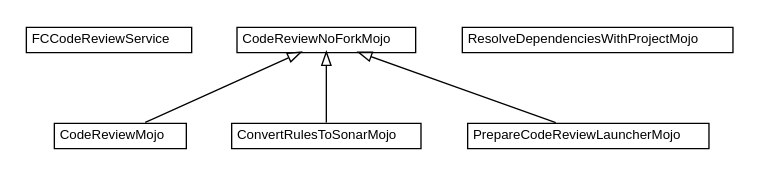
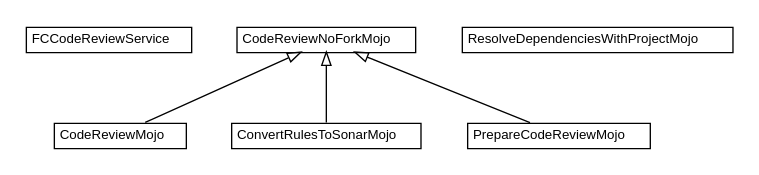
The diagram in snapshot/code-review-plugin/apidocs/fr/fastconnect/factory/tibco/bw/codereview/fr.fastconnect.factory.tibco.bw.codereview.dot (fastconnect/tibco-factory), drawn with Graphviz before and after one commit. The commit also changed 60 other files, not shown here.

```diff
--- a/snapshot/code-review-plugin/apidocs/fr/fastconnect/factory/tibco/bw/codereview/fr.fastconnect.factory.tibco.bw.codereview.dot
+++ b/snapshot/code-review-plugin/apidocs/fr/fastconnect/factory/tibco/bw/codereview/fr.fastconnect.factory.tibco.bw.codereview.dot
@@ -1,54 +1,54 @@
 #!/usr/local/bin/dot
 #
 # Class diagram 
 # Generated by UMLGraph version R5_6-24-gf6e263 (http://www.umlgraph.org/)
 #
 
 digraph G {
 	edge [fontname="Helvetica",fontsize=10,labelfontname="Helvetica",labelfontsize=10];
 	node [fontname="Helvetica",fontsize=10,shape=plaintext];
 	nodesep=0.25;
 	ranksep=0.5;
 	// fr.fastconnect.factory.tibco.bw.codereview.FCCodeReviewService
 	c0 [label=<<table title="fr.fastconnect.factory.tibco.bw.codereview.FCCodeReviewService" border="0" cellborder="1" cellspacing="0" cellpadding="2" port="p" href="./FCCodeReviewService.html">
 		<tr><td><table border="0" cellspacing="0" cellpadding="1">
 <tr><td align="center" balign="center"> FCCodeReviewService </td></tr>
 		</table></td></tr>
 		</table>>, URL="./FCCodeReviewService.html", fontname="Helvetica", fontcolor="black", fontsize=10.0];
 	// fr.fastconnect.factory.tibco.bw.codereview.CodeReviewMojo
 	c1 [label=<<table title="fr.fastconnect.factory.tibco.bw.codereview.CodeReviewMojo" border="0" cellborder="1" cellspacing="0" cellpadding="2" port="p" href="./CodeReviewMojo.html">
 		<tr><td><table border="0" cellspacing="0" cellpadding="1">
 <tr><td align="center" balign="center"> CodeReviewMojo </td></tr>
 		</table></td></tr>
 		</table>>, URL="./CodeReviewMojo.html", fontname="Helvetica", fontcolor="black", fontsize=10.0];
 	// fr.fastconnect.factory.tibco.bw.codereview.ConvertRulesToSonarMojo
 	c2 [label=<<table title="fr.fastconnect.factory.tibco.bw.codereview.ConvertRulesToSonarMojo" border="0" cellborder="1" cellspacing="0" cellpadding="2" port="p" href="./ConvertRulesToSonarMojo.html">
 		<tr><td><table border="0" cellspacing="0" cellpadding="1">
 <tr><td align="center" balign="center"> ConvertRulesToSonarMojo </td></tr>
 		</table></td></tr>
 		</table>>, URL="./ConvertRulesToSonarMojo.html", fontname="Helvetica", fontcolor="black", fontsize=10.0];
 	// fr.fastconnect.factory.tibco.bw.codereview.CodeReviewNoForkMojo
 	c3 [label=<<table title="fr.fastconnect.factory.tibco.bw.codereview.CodeReviewNoForkMojo" border="0" cellborder="1" cellspacing="0" cellpadding="2" port="p" href="./CodeReviewNoForkMojo.html">
 		<tr><td><table border="0" cellspacing="0" cellpadding="1">
 <tr><td align="center" balign="center"> CodeReviewNoForkMojo </td></tr>
 		</table></td></tr>
 		</table>>, URL="./CodeReviewNoForkMojo.html", fontname="Helvetica", fontcolor="black", fontsize=10.0];
-	// fr.fastconnect.factory.tibco.bw.codereview.PrepareCodeReviewLauncherMojo
-	c4 [label=<<table title="fr.fastconnect.factory.tibco.bw.codereview.PrepareCodeReviewLauncherMojo" border="0" cellborder="1" cellspacing="0" cellpadding="2" port="p" href="./PrepareCodeReviewLauncherMojo.html">
+	// fr.fastconnect.factory.tibco.bw.codereview.PrepareCodeReviewMojo
+	c4 [label=<<table title="fr.fastconnect.factory.tibco.bw.codereview.PrepareCodeReviewMojo" border="0" cellborder="1" cellspacing="0" cellpadding="2" port="p" href="./PrepareCodeReviewMojo.html">
 		<tr><td><table border="0" cellspacing="0" cellpadding="1">
-<tr><td align="center" balign="center"> PrepareCodeReviewLauncherMojo </td></tr>
+<tr><td align="center" balign="center"> PrepareCodeReviewMojo </td></tr>
 		</table></td></tr>
-		</table>>, URL="./PrepareCodeReviewLauncherMojo.html", fontname="Helvetica", fontcolor="black", fontsize=10.0];
-	// fr.fastconnect.factory.tibco.bw.codereview.PrepareCodeReviewLauncherMojo.ResolveDependenciesWithProjectMojo
-	c5 [label=<<table title="fr.fastconnect.factory.tibco.bw.codereview.PrepareCodeReviewLauncherMojo.ResolveDependenciesWithProjectMojo" border="0" cellborder="1" cellspacing="0" cellpadding="2" port="p" href="./PrepareCodeReviewLauncherMojo.ResolveDependenciesWithProjectMojo.html">
+		</table>>, URL="./PrepareCodeReviewMojo.html", fontname="Helvetica", fontcolor="black", fontsize=10.0];
+	// fr.fastconnect.factory.tibco.bw.codereview.PrepareCodeReviewMojo.ResolveDependenciesWithProjectMojo
+	c5 [label=<<table title="fr.fastconnect.factory.tibco.bw.codereview.PrepareCodeReviewMojo.ResolveDependenciesWithProjectMojo" border="0" cellborder="1" cellspacing="0" cellpadding="2" port="p" href="./PrepareCodeReviewMojo.ResolveDependenciesWithProjectMojo.html">
 		<tr><td><table border="0" cellspacing="0" cellpadding="1">
 <tr><td align="center" balign="center"> ResolveDependenciesWithProjectMojo </td></tr>
 		</table></td></tr>
-		</table>>, URL="./PrepareCodeReviewLauncherMojo.ResolveDependenciesWithProjectMojo.html", fontname="Helvetica", fontcolor="black", fontsize=10.0];
+		</table>>, URL="./PrepareCodeReviewMojo.ResolveDependenciesWithProjectMojo.html", fontname="Helvetica", fontcolor="black", fontsize=10.0];
 	//fr.fastconnect.factory.tibco.bw.codereview.CodeReviewMojo extends fr.fastconnect.factory.tibco.bw.codereview.CodeReviewNoForkMojo
 	c3:p -> c1:p [dir=back,arrowtail=empty];
 	//fr.fastconnect.factory.tibco.bw.codereview.ConvertRulesToSonarMojo extends fr.fastconnect.factory.tibco.bw.codereview.CodeReviewNoForkMojo
 	c3:p -> c2:p [dir=back,arrowtail=empty];
-	//fr.fastconnect.factory.tibco.bw.codereview.PrepareCodeReviewLauncherMojo extends fr.fastconnect.factory.tibco.bw.codereview.CodeReviewNoForkMojo
+	//fr.fastconnect.factory.tibco.bw.codereview.PrepareCodeReviewMojo extends fr.fastconnect.factory.tibco.bw.codereview.CodeReviewNoForkMojo
 	c3:p -> c4:p [dir=back,arrowtail=empty];
 }
```
